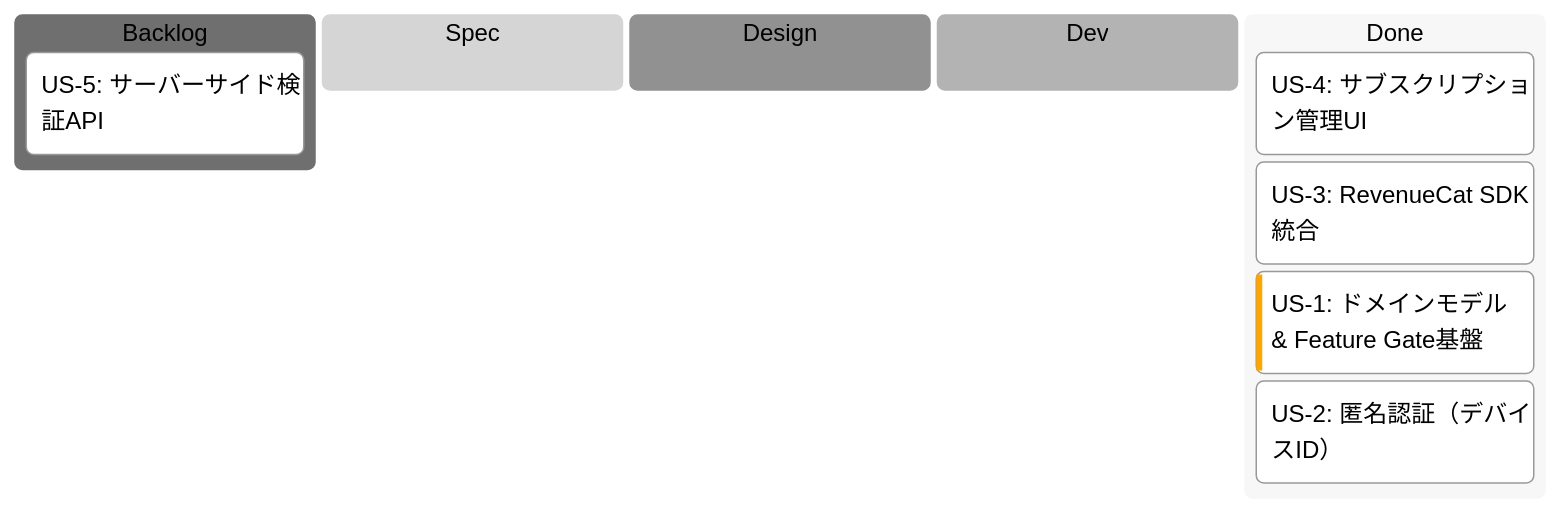
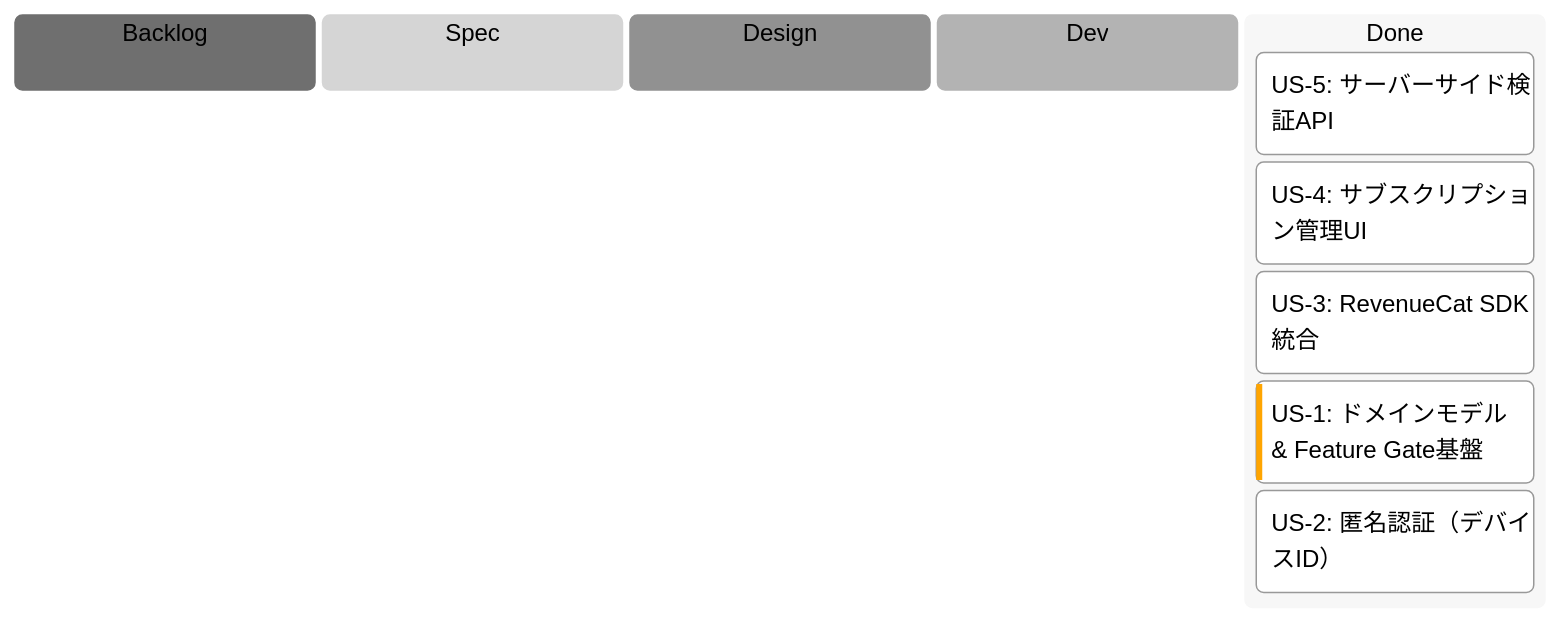
Before and after one commit to saki0000/collab-stream: the first of 2 diagrams in implement-context/subscription/EPIC.md, drawn with Mermaid (neutral theme). The commit also changed other lines of this file and 9 other files, not shown here.

````diff
--- a/implement-context/subscription/EPIC.md
+++ b/implement-context/subscription/EPIC.md
@@ -25,18 +25,18 @@
 ```mermaid
 ---
 config:
   kanban:
     ticketBaseUrl: ''
 ---
 kanban
   backlog[Backlog]
-    us5[US-5: サーバーサイド検証API]
   spec[Spec]
   design[Design]
   dev[Dev]
   done[Done]
+    us5[US-5: サーバーサイド検証API]
     us4[US-4: サブスクリプション管理UI]
     us3[US-3: RevenueCat SDK統合]
     us1[US-1: ドメインモデル & Feature Gate基盤]@{ priority: 'High' }
     us2[US-2: 匿名認証（デバイスID）]
 ```
````
